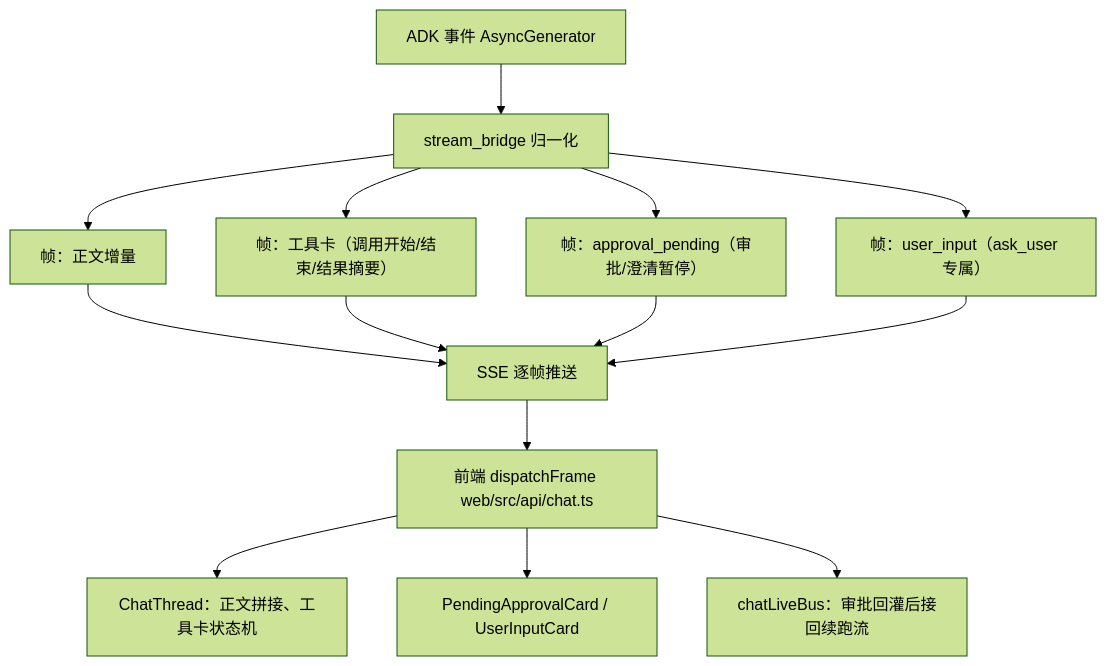
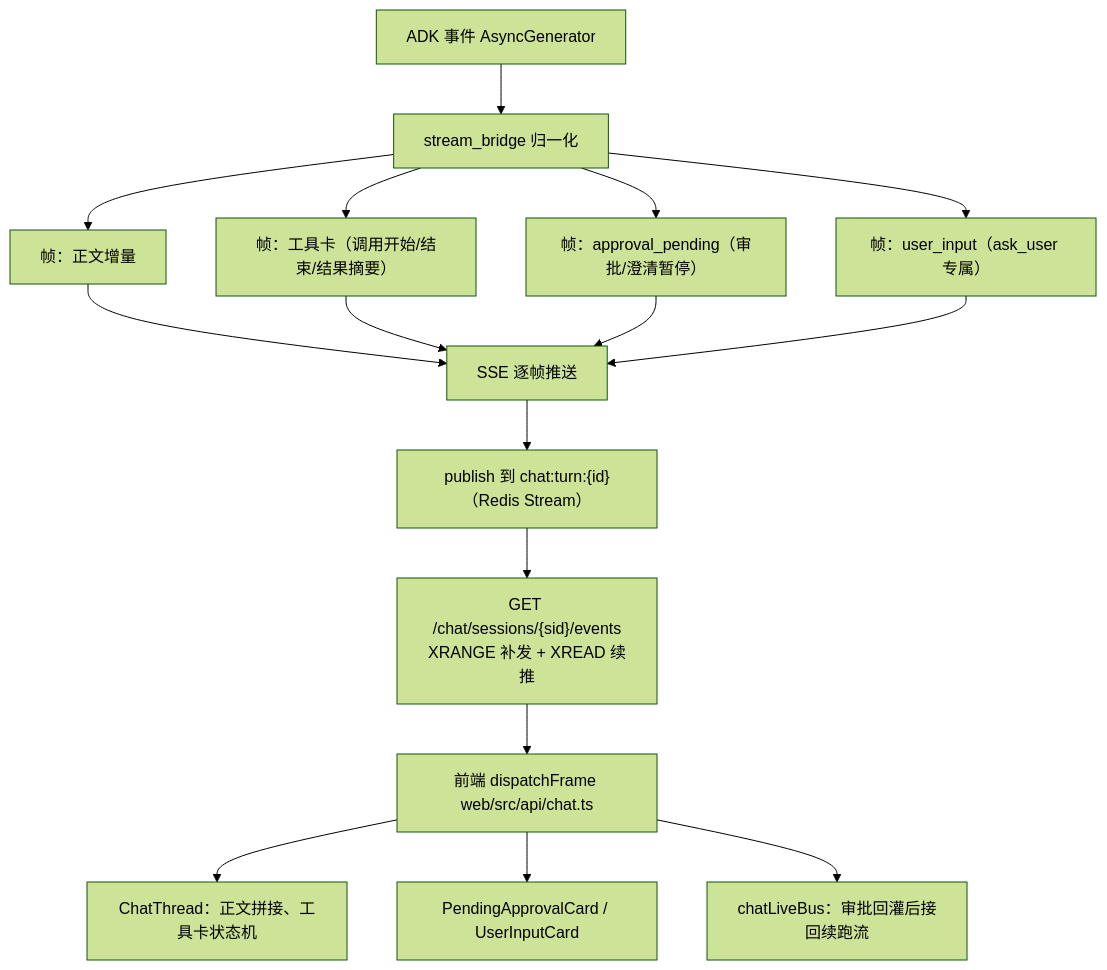
The third of 4 diagrams in backend/app/knowledge_base/concepts/对话与智能体架构.md (isfangmk/crewlab), drawn with Mermaid (forest theme) before and after one commit. The commit also changed other lines of this file and 11 other files, not shown here.

````diff
--- a/backend/app/knowledge_base/concepts/对话与智能体架构.md
+++ b/backend/app/knowledge_base/concepts/对话与智能体架构.md
@@ -58,16 +66,18 @@
 ```mermaid
 flowchart TD
   EV["ADK 事件 AsyncGenerator"] --> SB["stream_bridge 归一化"]
   SB --> F1["帧：正文增量"]
   SB --> F2["帧：工具卡（调用开始/结束/结果摘要）"]
   SB --> F3["帧：approval_pending（审批/澄清暂停）"]
   SB --> F4["帧：user_input（ask_user 专属）"]
   F1 --> SSE["SSE 逐帧推送"]
   F2 --> SSE
   F3 --> SSE
   F4 --> SSE
-  SSE --> DF["前端 dispatchFrame web/src/api/chat.ts"]
+  SSE --> STREAM["publish 到 chat:turn:{id}（Redis Stream）"]
+  STREAM --> ESSE["GET /chat/sessions/{sid}/events<br/>XRANGE 补发 + XREAD 续推"]
+  ESSE --> DF["前端 dispatchFrame web/src/api/chat.ts"]
   DF --> CT["ChatThread：正文拼接、工具卡状态机"]
   DF --> CARD["PendingApprovalCard / UserInputCard"]
   DF --> BUS["chatLiveBus：审批回灌后接回续跑流"]
 ```
````
